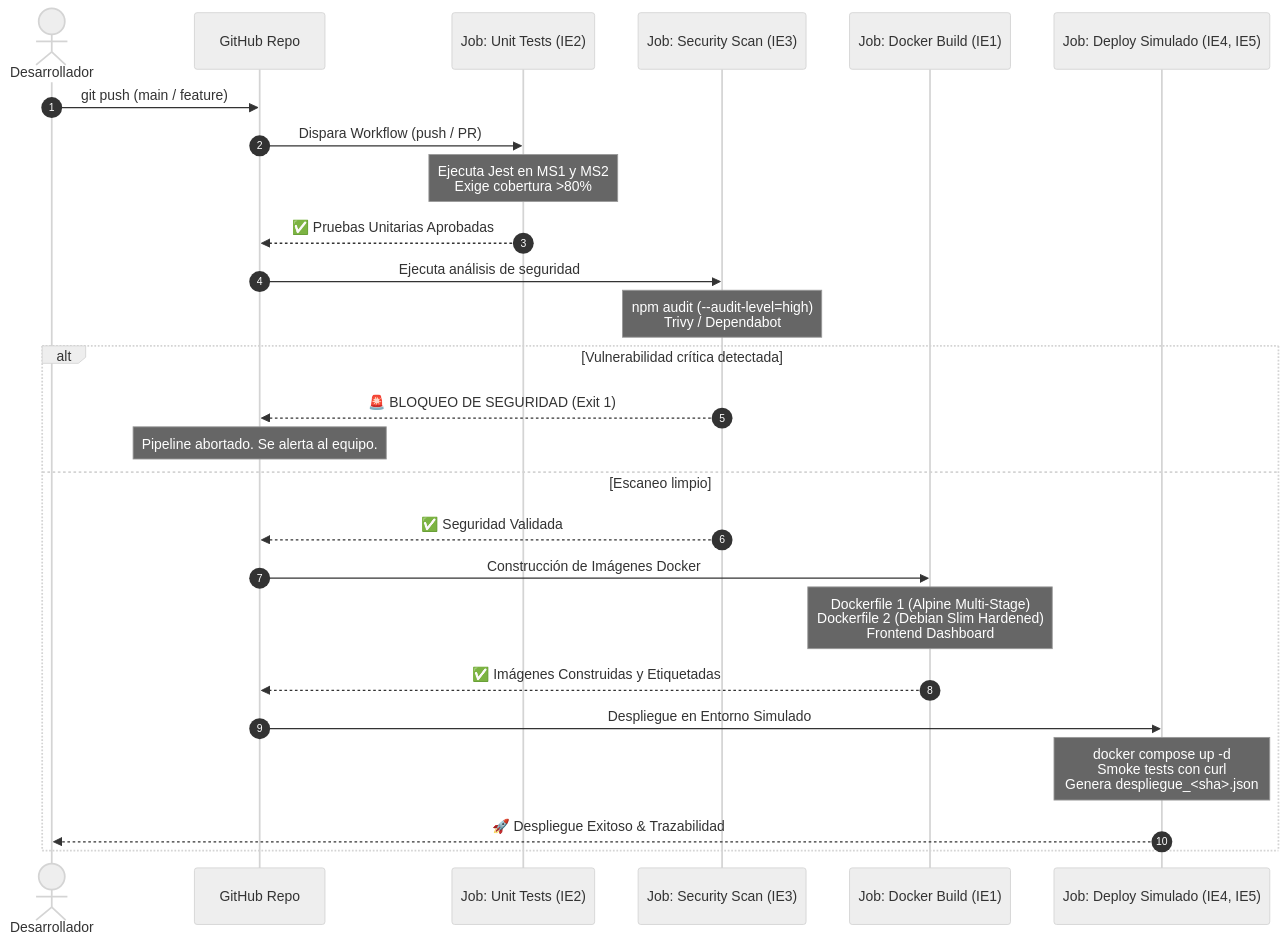
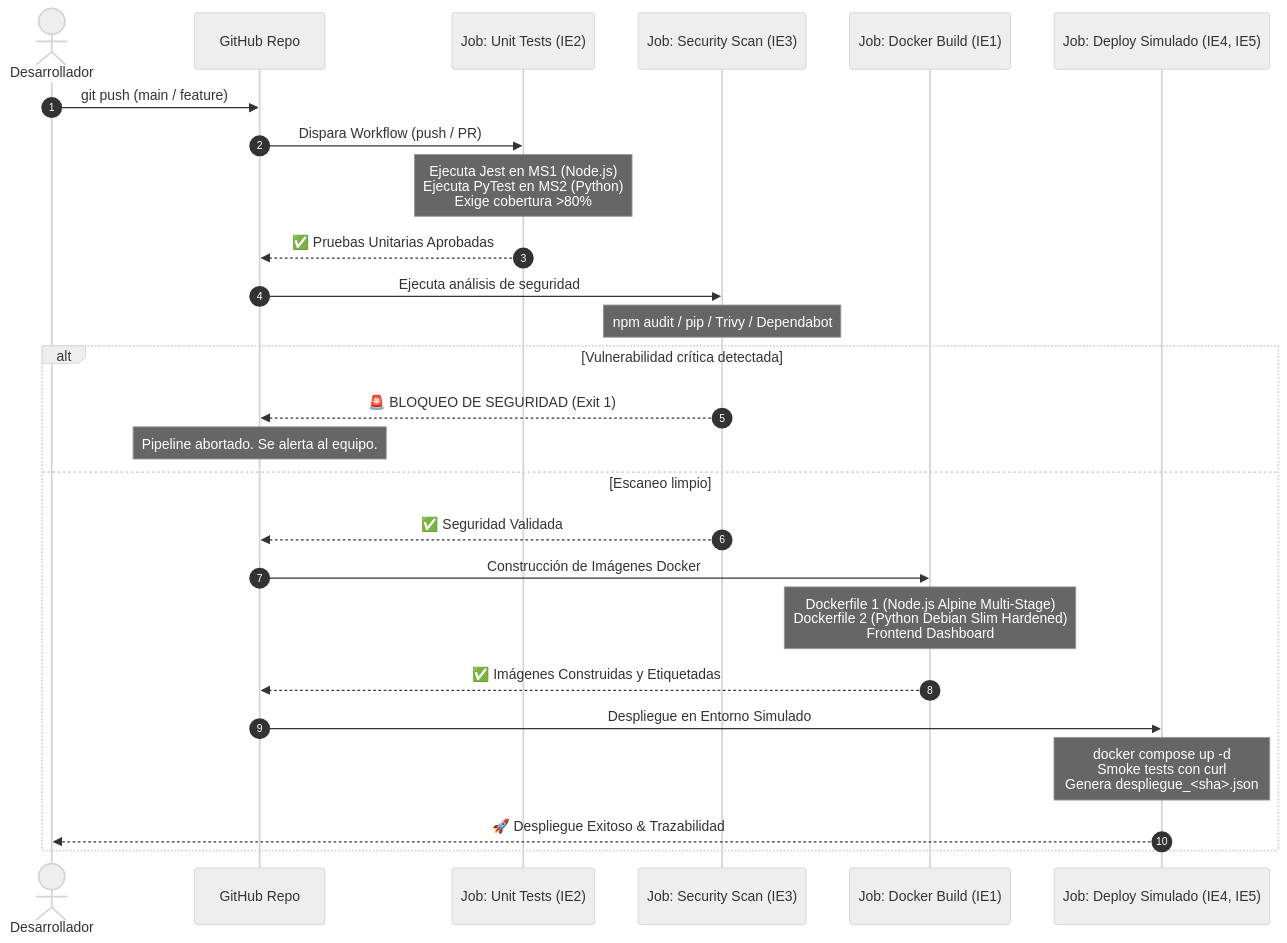
The diagram in PIPELINE.md (AndresRomeroMadrid/Evaluacion2_IngDevops), drawn with Mermaid (neutral theme) before and after one commit. The commit also changed other lines of this file and 29 other files, not shown here.

Commit message:
feat: migrar microservicio de actualizacion a Python con Flask y PyTest

````diff
--- a/PIPELINE.md
+++ b/PIPELINE.md
@@ -16,29 +16,29 @@
 ```mermaid
 sequenceDiagram
     autonumber
     actor Dev as Desarrollador
     participant GH as GitHub Repo
     participant CI_Test as Job: Unit Tests (IE2)
     participant CI_Sec as Job: Security Scan (IE3)
     participant CI_Build as Job: Docker Build (IE1)
     participant CD_Deploy as Job: Deploy Simulado (IE4, IE5)
 
     Dev->>GH: git push (main / feature)
     GH->>CI_Test: Dispara Workflow (push / PR)
-    Note over CI_Test: Ejecuta Jest en MS1 y MS2<br/>Exige cobertura >80%
+    Note over CI_Test: Ejecuta Jest en MS1 (Node.js)<br/>Ejecuta PyTest en MS2 (Python)<br/>Exige cobertura >80%
     CI_Test-->>GH: ✅ Pruebas Unitarias Aprobadas
     GH->>CI_Sec: Ejecuta análisis de seguridad
-    Note over CI_Sec: npm audit (--audit-level=high)<br/>Trivy / Dependabot
+    Note over CI_Sec: npm audit / pip / Trivy / Dependabot
     alt Vulnerabilidad crítica detectada
         CI_Sec-->>GH: 🚨 BLOQUEO DE SEGURIDAD (Exit 1)
         Note over GH: Pipeline abortado. Se alerta al equipo.
     else Escaneo limpio
         CI_Sec-->>GH: ✅ Seguridad Validada
         GH->>CI_Build: Construcción de Imágenes Docker
-        Note over CI_Build: Dockerfile 1 (Alpine Multi-Stage)<br/>Dockerfile 2 (Debian Slim Hardened)<br/>Frontend Dashboard
+        Note over CI_Build: Dockerfile 1 (Node.js Alpine Multi-Stage)<br/>Dockerfile 2 (Python Debian Slim Hardened)<br/>Frontend Dashboard
         CI_Build-->>GH: ✅ Imágenes Construidas y Etiquetadas
         GH->>CD_Deploy: Despliegue en Entorno Simulado
         Note over CD_Deploy: docker compose up -d<br/>Smoke tests con curl<br/>Genera despliegue_<sha>.json
         CD_Deploy-->>Dev: 🚀 Despliegue Exitoso & Trazabilidad
     end
 ```
````
